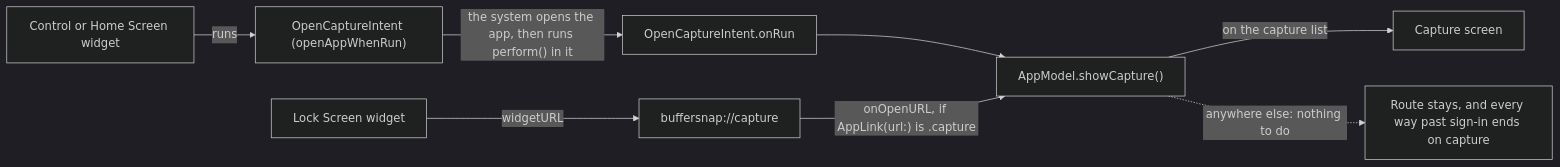
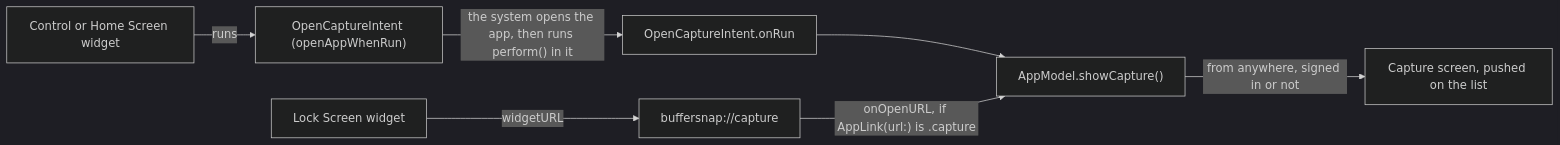
One commit to southp/buffer-snap changed the sixth of 7 diagrams in docs/architecture.md. Above: the diagram before and after it, drawn with Mermaid (dark theme). The commit also changed other lines of this file and 12 other files, not shown here.

````diff
--- a/docs/architecture.md
+++ b/docs/architecture.md
@@ -227,10 +229,9 @@
 ```mermaid
 flowchart LR
     Surface["Control or Home Screen widget"] -->|runs| Intent["OpenCaptureIntent (openAppWhenRun)"]
     Intent -->|"the system opens the app, then runs perform() in it"| Hook["OpenCaptureIntent.onRun"]
     Hook --> Show["AppModel.showCapture()"]
     Lock["Lock Screen widget"] -->|"widgetURL"| URL["buffersnap://capture"]
     URL -->|"onOpenURL, if AppLink(url:) is .capture"| Show
-    Show -->|"on the capture list"| Capture["Capture screen"]
-    Show -.->|"anywhere else: nothing to do"| Route["Route stays, and every way past sign-in ends on capture"]
+    Show -->|"from anywhere, signed in or not"| Capture["Capture screen, pushed on the list"]
 ```
````
